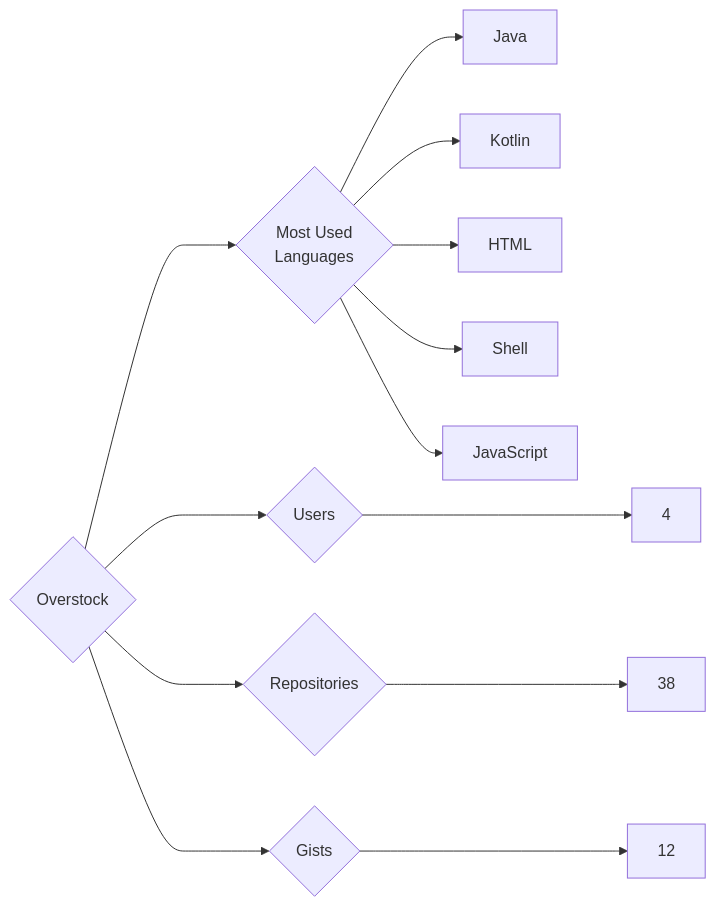
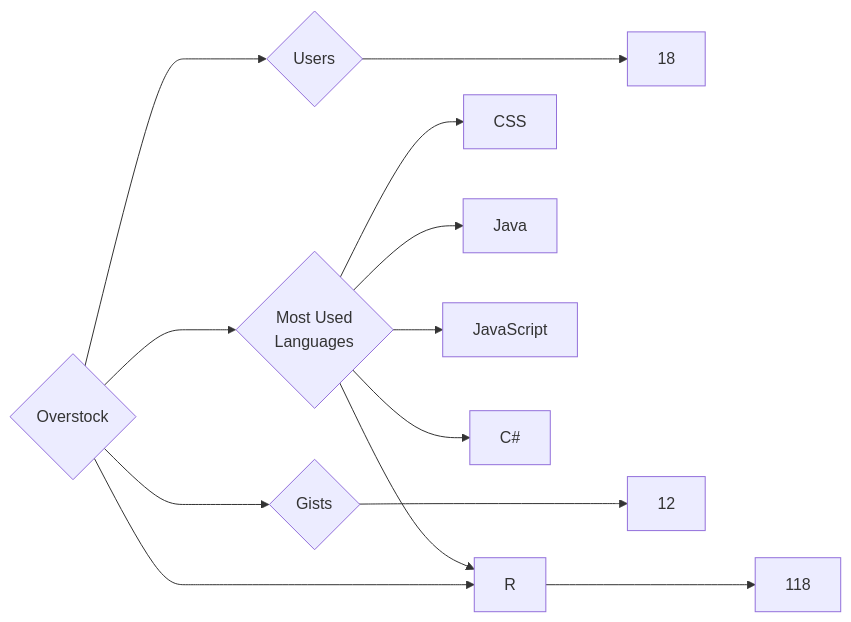
One commit to trickest/insiders changed the diagram in targets/Overstock/README.md. Above: the diagram before and after it, drawn with Mermaid. The commit also changed 823 other files, not shown here.

````diff
--- a/targets/Overstock/README.md
+++ b/targets/Overstock/README.md
@@ -3,13 +3,13 @@
 ```mermaid
 graph LR
 COMPANY_NAME{Overstock}
-COMPANY_NAME ---> U{Users} ---> UN[4]
-COMPANY_NAME ---> R{Repositories} ---> RN[38]
+COMPANY_NAME ---> U{Users} ---> UN[18]
+COMPANY_NAME ---> R{Repositories} ---> RN[118]
 COMPANY_NAME ---> G{Gists} ---> GN[12]
 COMPANY_NAME ---> ML{Most Used<br>Languages}
+ML --> CSS[CSS]
 ML --> Java[Java]
-ML --> Kotlin[Kotlin]
-ML --> HTML[HTML]
-ML --> Shell[Shell]
 ML --> JavaScript[JavaScript]
+ML --> C#[C#]
+ML --> R[R]
 ```
````
